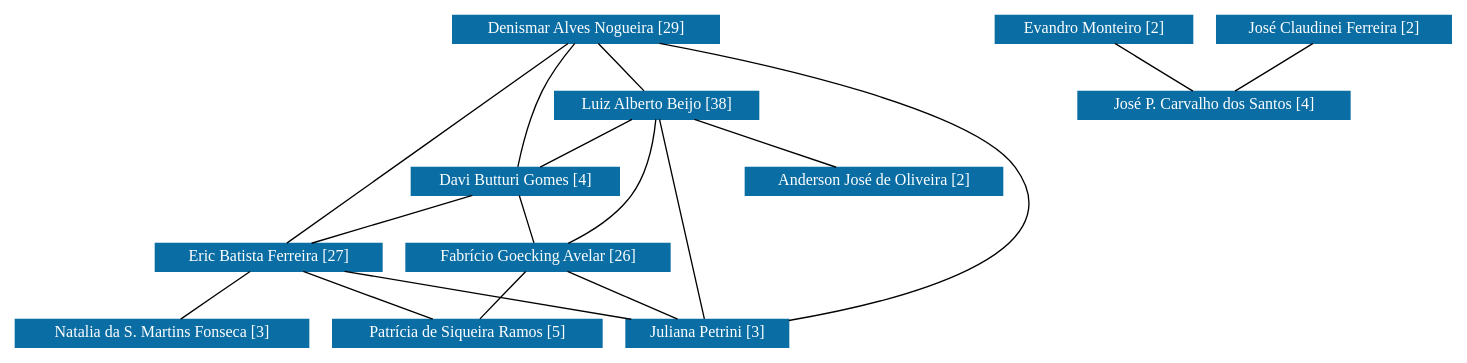
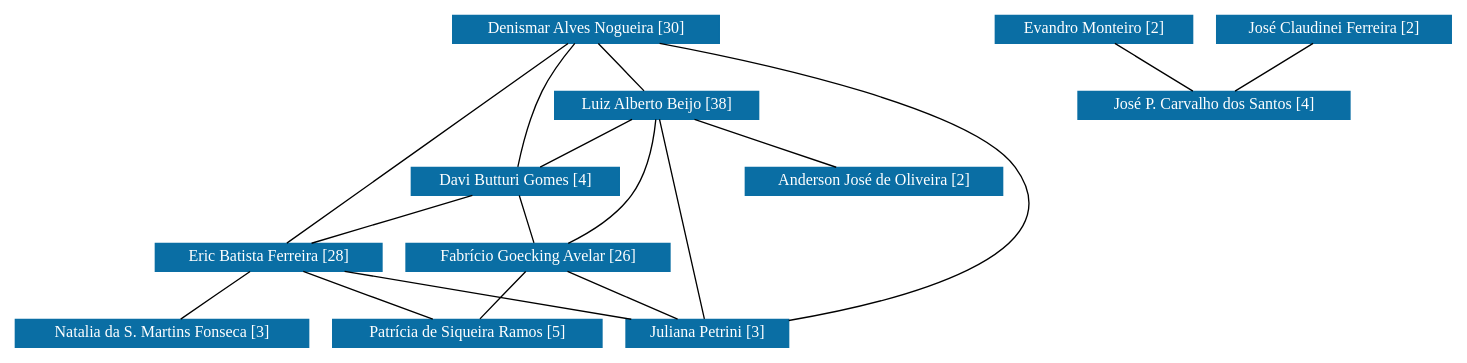
Before and after one commit to icamps/unifal-lattes.github.io: the diagram in PPGEAB/grafoDeColaboracoesSemPesos.dot, drawn with Graphviz. The commit also changed 720 other files, not shown here.

```diff
--- a/PPGEAB/grafoDeColaboracoesSemPesos.dot
+++ b/PPGEAB/grafoDeColaboracoesSemPesos.dot
@@ -1,112 +1,112 @@
 strict graph grafo1 {
 	graph [bb="0,0,895.5,249",
 		id=grafo1,
 		overlap=False
 	];
 	node [fontsize=12,
 		label="\N",
 		shape=rectangle,
 		style=filled
 	];
 	0	 [URL="membro-3858924778362309.html",
 		color="#0A6EA4",
 		fontcolor="#FFFFFF",
 		height=0.29167,
-		label="Denismar Alves Nogueira [29]",
+		label="Denismar Alves Nogueira [30]",
 		pos="340,238.5",
 		width=2.2361];
 	1	 [URL="membro-8194104388434526.html",
 		color="#0A6EA4",
 		fontcolor="#FFFFFF",
 		height=0.29167,
 		label="Luiz Alberto Beijo [38]",
 		pos="386,181.5",
 		width=1.7778];
 	0 -- 1	 [pos="348.65,227.78 356.88,217.59 369.18,202.35 377.39,192.17"];
 	2	 [URL="membro-0326922176762825.html",
 		color="#0A6EA4",
 		fontcolor="#FFFFFF",
 		height=0.29167,
 		label="Davi Butturi Gomes [4]",
 		pos="293,124.5",
 		width=1.8056];
 	0 -- 2	 [pos="332.8,227.8 326.86,218.61 318.54,204.86 313,192 304.68,172.7 298.51,148.86 295.36,135.3"];
 	3	 [URL="membro-9965398009651936.html",
 		color="#0A6EA4",
 		fontcolor="#FFFFFF",
 		height=0.29167,
-		label="Eric Batista Ferreira [27]",
+		label="Eric Batista Ferreira [28]",
 		pos="150,67.5",
 		width=1.8889];
 	0 -- 3	 [pos="327.04,227.9 304.63,209.46 257.34,170.08 219,135 197.73,115.54 173.9,91.761 160.54,78.249"];
 	5	 [URL="membro-9510541669291293.html",
 		color="#0A6EA4",
 		fontcolor="#FFFFFF",
 		height=0.29167,
 		label="Juliana Petrini [3]",
 		pos="424,10.5",
 		width=1.4028];
 	0 -- 5	 [pos="386.77,227.94 458.88,210.61 591.78,174.12 619,135 660.63,75.154 545.21,37.587 474.51,20.79"];
 	1 -- 2	 [pos="368.51,170.78 351.88,160.59 327.02,145.35 310.41,135.17"];
 	1 -- 5	 [pos="388.38,170.8 395.2,140.09 414.8,51.897 421.62,21.193"];
 	4	 [URL="membro-6886514520601172.html",
 		color="#0A6EA4",
 		fontcolor="#FFFFFF",
 		height=0.29167,
 		label="Fabrício Goecking Avelar [26]",
 		pos="316,67.5",
 		width=2.2222];
 	1 -- 4	 [pos="384.83,170.71 382.9,156.73 378.13,132.03 367,114 358.06,99.521 343.35,86.798 332.02,78.337"];
 	8	 [URL="membro-1349156075777095.html",
 		color="#0A6EA4",
 		fontcolor="#FFFFFF",
 		height=0.29167,
 		label="Anderson José de Oliveira [2]",
 		pos="531,124.5",
 		width=2.1944];
 	1 -- 8	 [pos="412.93,170.91 438.98,160.67 478.22,145.25 504.21,135.03"];
 	2 -- 3	 [pos="266.44,113.91 240.75,103.67 202.06,88.25 176.42,78.031"];
 	2 -- 4	 [pos="297.33,113.78 301.44,103.59 307.59,88.348 311.69,78.173"];
 	3 -- 5	 [pos="200.58,56.979 249.75,46.75 324.03,31.297 373.26,21.056"];
 	6	 [URL="membro-7184150832649950.html",
 		color="#0A6EA4",
 		fontcolor="#FFFFFF",
 		height=0.29167,
 		label="Patrícia de Siqueira Ramos [5]",
 		pos="275,10.5",
 		width=2.2361];
 	3 -- 6	 [pos="173.22,56.912 195.67,46.674 229.5,31.25 251.91,21.031"];
 	7	 [URL="membro-3374954104030940.html",
 		color="#0A6EA4",
 		fontcolor="#FFFFFF",
 		height=0.29167,
 		label="Natalia da S. Martins Fonseca [3]",
 		pos="88,10.5",
 		width=2.4444];
 	3 -- 7	 [pos="138.34,56.779 127.25,46.588 110.68,31.348 99.609,21.173"];
 	4 -- 5	 [pos="336.06,56.912 355.46,46.674 384.68,31.25 404.05,21.031"];
 	4 -- 6	 [pos="308.29,56.779 300.96,46.588 290,31.348 282.68,21.173"];
 	9	 [URL="membro-3089568911577519.html",
 		color="#0A6EA4",
 		fontcolor="#FFFFFF",
 		height=0.29167,
 		label="Evandro Monteiro [2]",
 		pos="674,238.5",
 		width=1.6667];
 	11	 [URL="membro-9393213180145144.html",
 		color="#0A6EA4",
 		fontcolor="#FFFFFF",
 		height=0.29167,
 		label="José P. Carvalho dos Santos [4]",
 		pos="749,181.5",
 		width=2.3056];
 	9 -- 11	 [pos="688.11,227.78 701.52,217.59 721.57,202.35 734.96,192.17"];
 	10	 [URL="membro-6808752952332925.html",
 		color="#0A6EA4",
 		fontcolor="#FFFFFF",
 		height=0.29167,
 		label="José Claudinei Ferreira [2]",
 		pos="824,238.5",
 		width=1.9861];
 	10 -- 11	 [pos="809.89,227.78 796.48,217.59 776.43,202.35 763.04,192.17"];
 }
```
